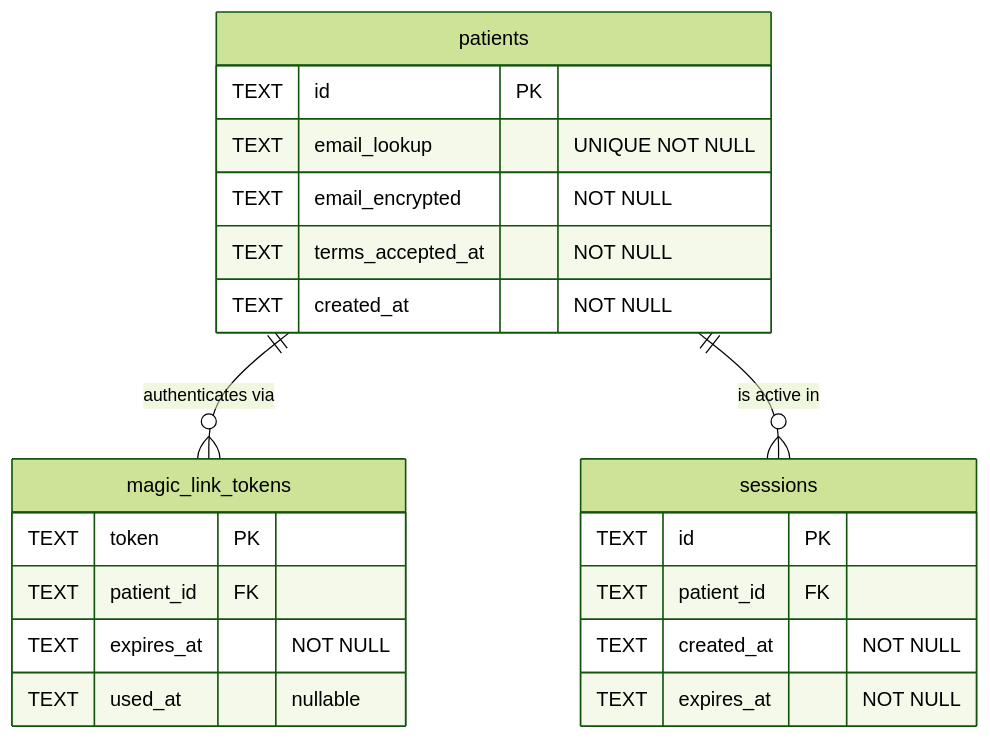
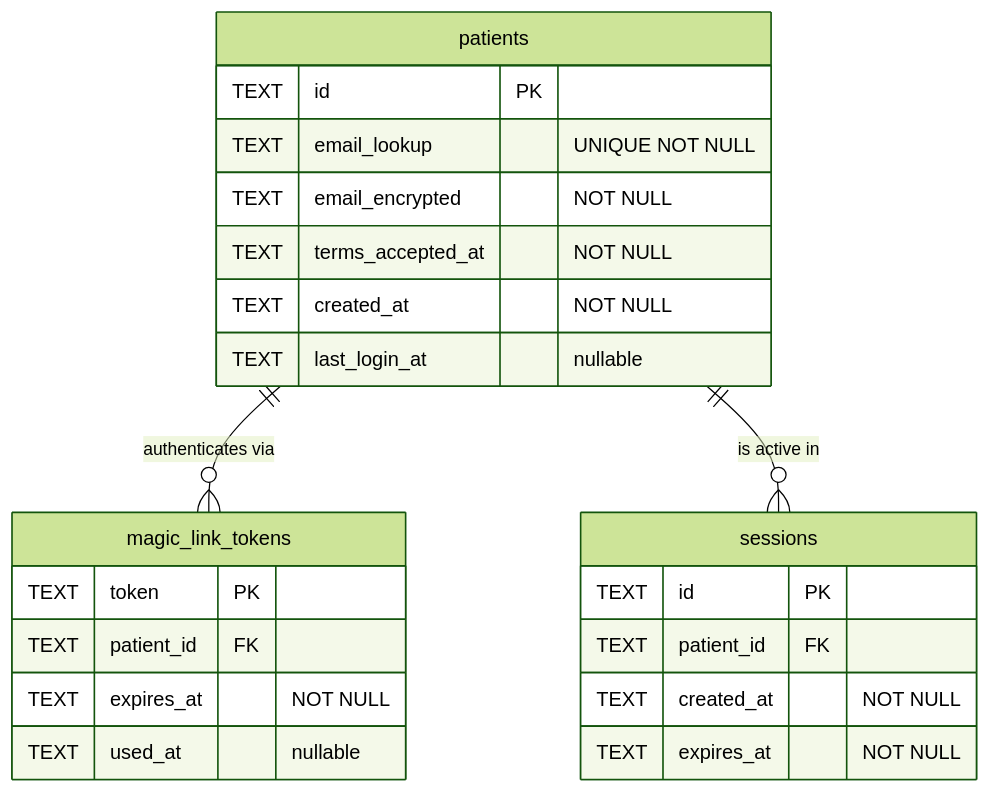
Before and after one commit to ianjmacintosh/pillbug: the diagram in CONTEXT.md, drawn with Mermaid (forest theme). The commit also changed other lines of this file and 2 other files, not shown here.

````diff
--- a/CONTEXT.md
+++ b/CONTEXT.md
@@ -124,27 +128,28 @@
 ```mermaid
 erDiagram
     patients {
         TEXT id PK
         TEXT email_lookup "UNIQUE NOT NULL"
         TEXT email_encrypted "NOT NULL"
         TEXT terms_accepted_at "NOT NULL"
         TEXT created_at "NOT NULL"
+        TEXT last_login_at "nullable"
     }
 
     magic_link_tokens {
         TEXT token PK
         TEXT patient_id FK
         TEXT expires_at "NOT NULL"
         TEXT used_at "nullable"
     }
 
     sessions {
         TEXT id PK
         TEXT patient_id FK
         TEXT created_at "NOT NULL"
         TEXT expires_at "NOT NULL"
     }
 
     patients ||--o{ magic_link_tokens : "authenticates via"
     patients ||--o{ sessions : "is active in"
 ```
````
